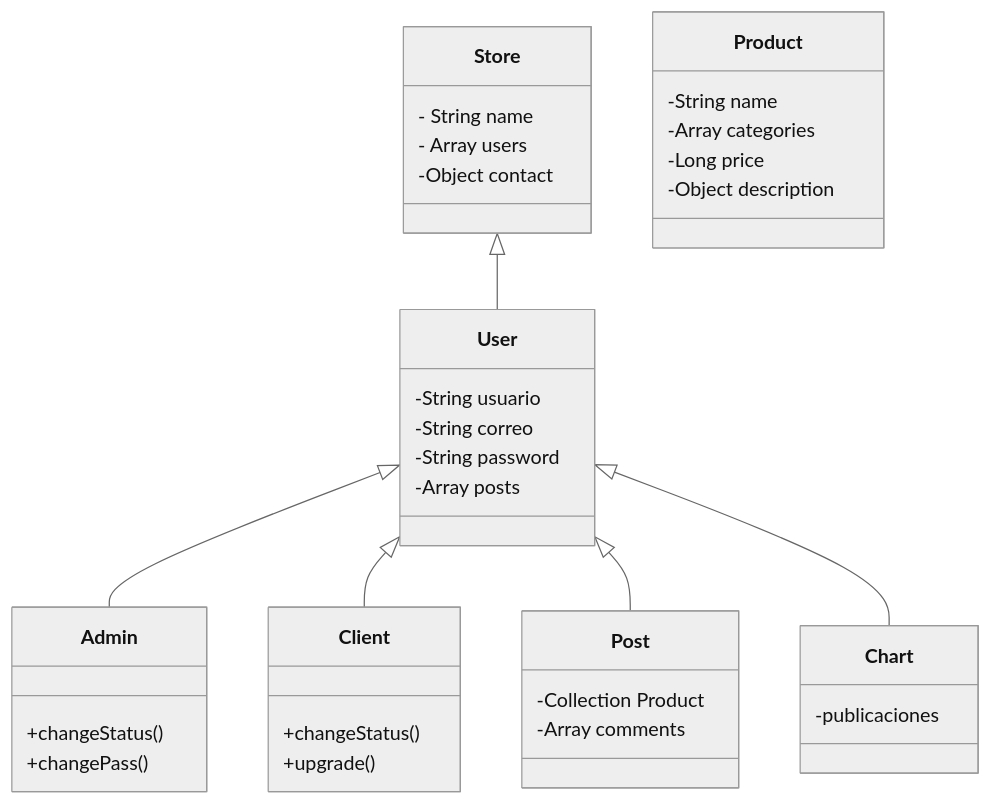
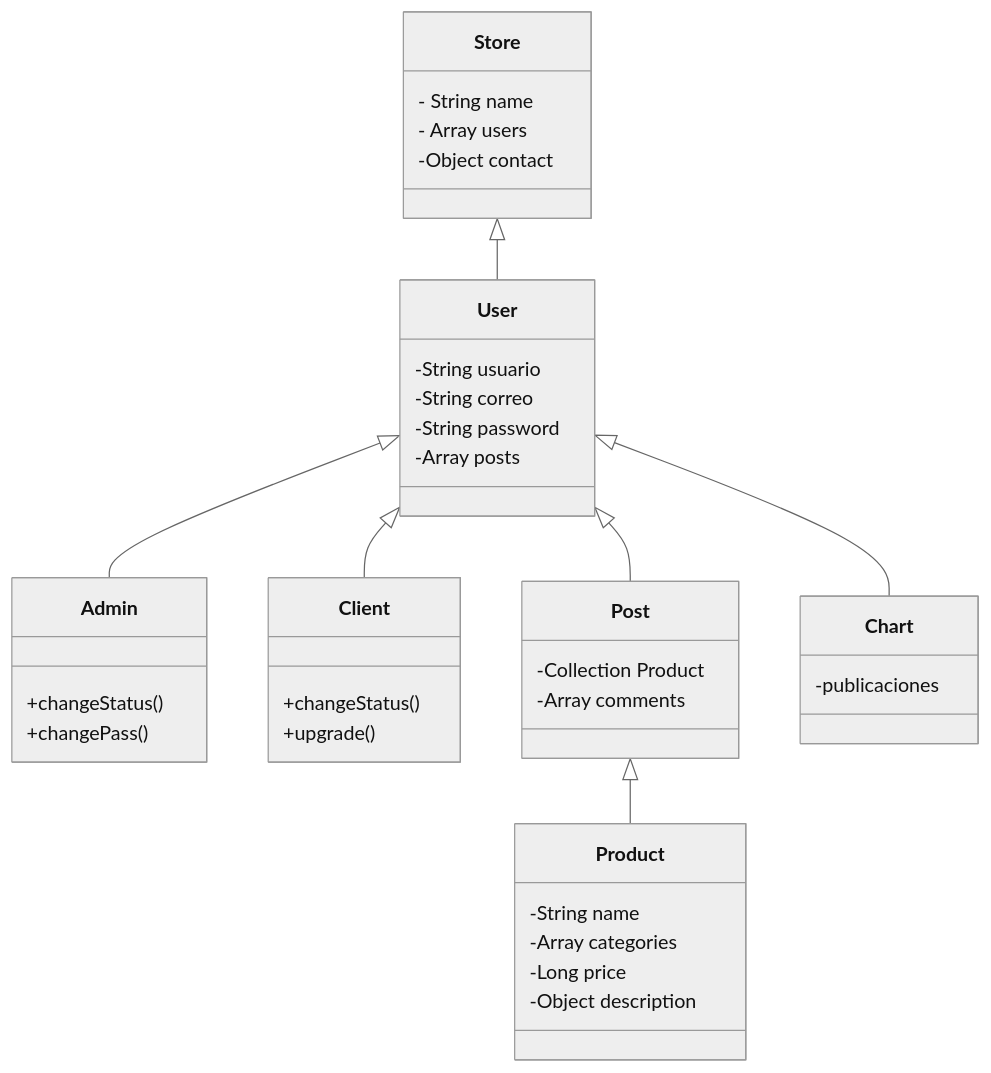
Before and after one commit to C215714N/EducacionIT: the diagram in examples/classes.md, drawn with Mermaid (neutral theme).

Commit message:
relacion producto publicacion

````diff
--- a/examples/classes.md
+++ b/examples/classes.md
@@ -1,41 +1,42 @@
 ```mermaid
 
 classDiagram
     Store <|-- User
     User <|-- Admin
     User <|-- Client
     User <|-- Post
     User <|-- Chart
+    Post <|-- Product
     
     class Store
     Store: - String name
     Store: - Array users
     Store: -Object contact
 
     class User
     User: -String usuario
     User: -String correo
     User: -String password
     User: -Array posts
     
     class Admin
     Admin: +changeStatus()
     Admin: +changePass()
     
     class Client
     Client: +changeStatus()
     Client: +upgrade()
     
     class Post
     Post: -Collection Product
     Post: -Array comments
     
     class Product
     Product: -String name
     Product: -Array categories
     Product: -Long price
     Product: -Object description
     
     class Chart
     Chart: -publicaciones
 ```
````
